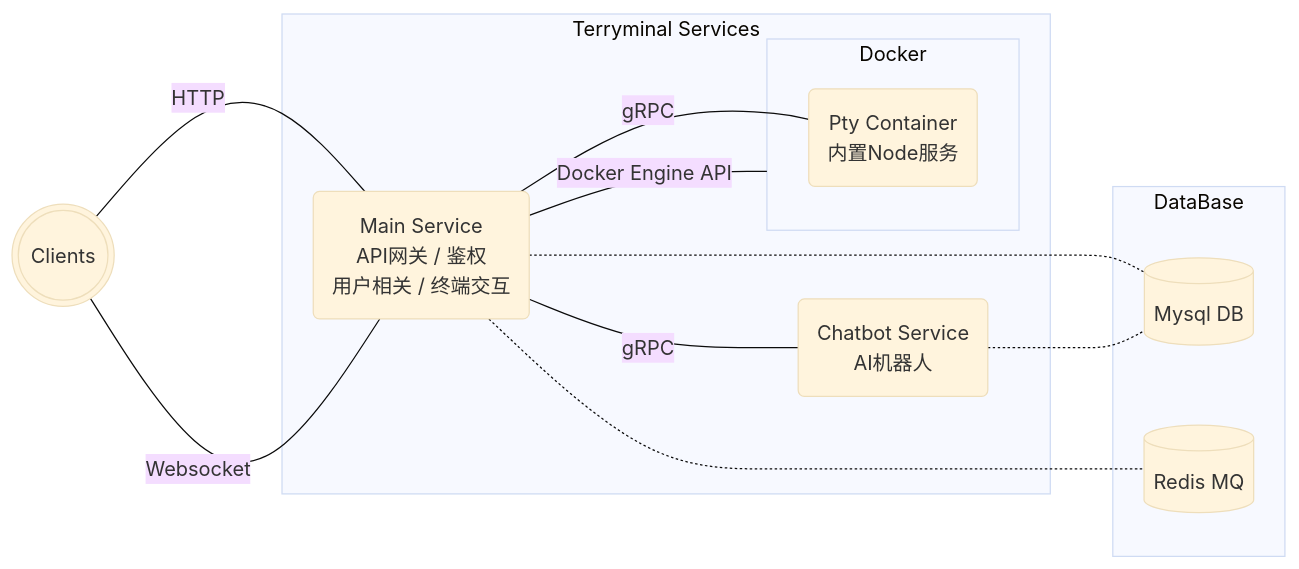
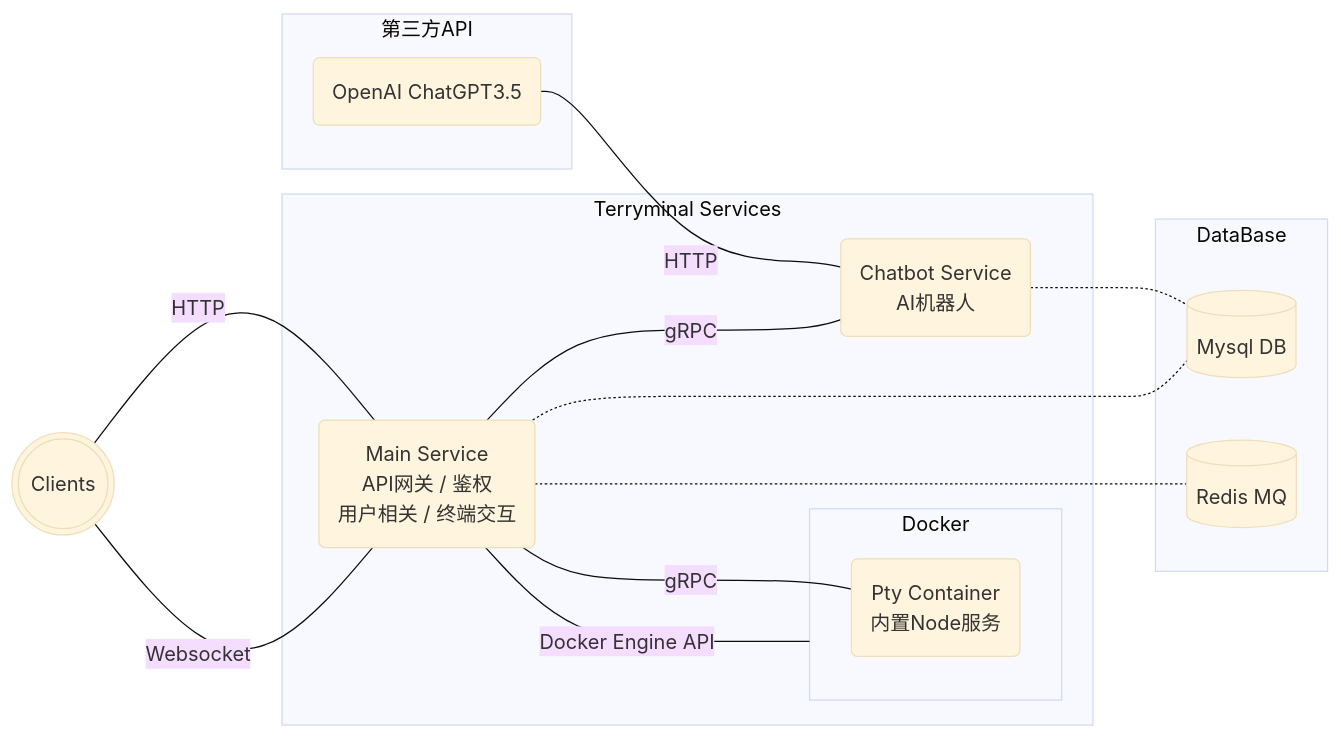
Before and after one commit to Banana-Boat/terryminal-be: the first of 2 diagrams in README.md, drawn with Mermaid (base theme). The commit also changed 3 other files, not shown here.

````diff
--- a/README.md
+++ b/README.md
@@ -11,20 +11,24 @@
 ```mermaid
 flowchart LR
   id_client(((Clients))) --HTTP--- id_main(Main Service\nAPI网关 / 鉴权\n用户相关 / 终端交互)
   id_client --Websocket--- id_main
 
   subgraph Terryminal Services
   id_main --gRPC--- id_chatbot(Chatbot Service\nAI机器人)
   id_main --Docker Engine API--- Docker
   end
 
   subgraph DataBase
   id_main -.- id_mysql[(Mysql DB)]
   id_chatbot -.- id_mysql
   id_main -.- id_redis[(Redis MQ)]
   end
 
   subgraph Docker
   id_main --gRPC--- id_bash(Pty Container\n内置Node服务)
   end
+
+  subgraph 第三方API
+  id_gpt(OpenAI ChatGPT3.5) --HTTP--- id_chatbot
+  end
 ```
````
